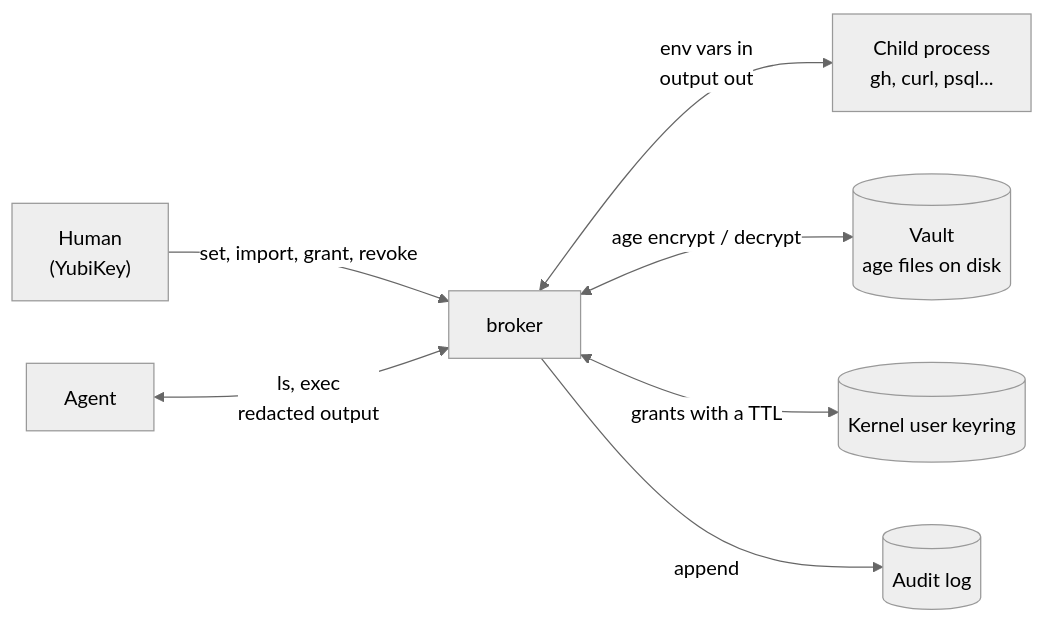
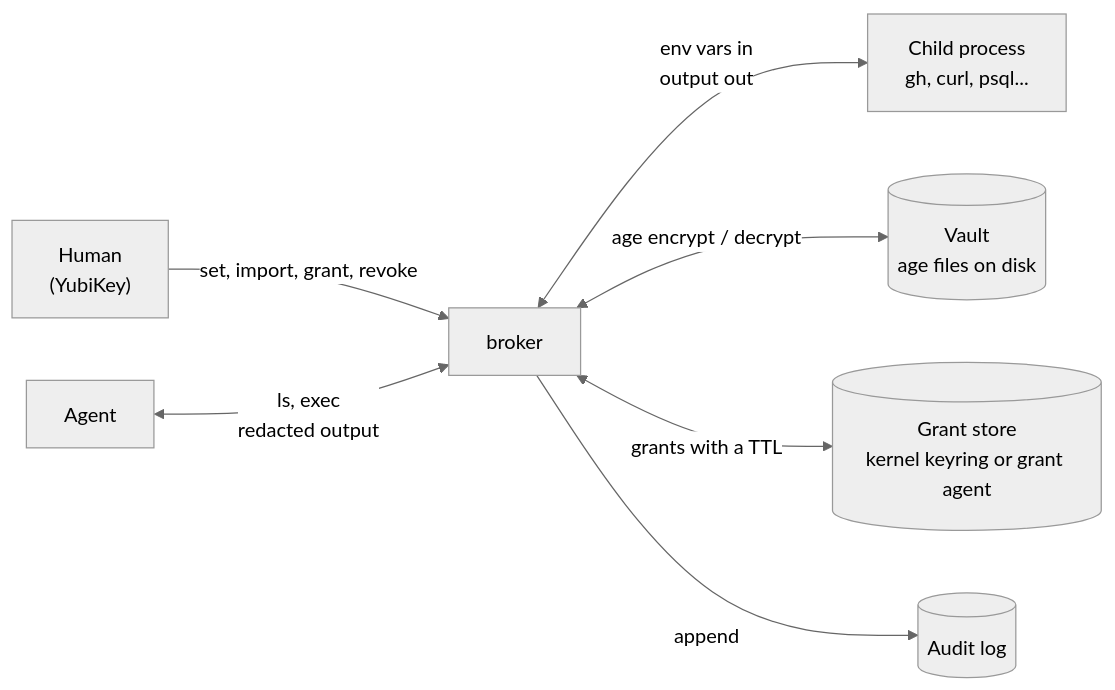
The first of 6 diagrams in README.md (NathanielInman/credential-broker), drawn with Mermaid (neutral theme) before and after one commit. The commit also changed other lines of this file and 1 other file, not shown here.

Commit message:
docs: macOS install, Touch ID setup, and the grant agent

````diff
--- a/README.md
+++ b/README.md
@@ -33,9 +33,9 @@
 ```mermaid
 flowchart LR
     human["Human<br/>(YubiKey)"] -->|"set, import, grant, revoke"| broker["broker"]
     agent["Agent"] <-->|"ls, exec<br/>redacted output"| broker
     broker <-->|"env vars in<br/>output out"| child["Child process<br/>gh, curl, psql..."]
     broker <-->|"age encrypt / decrypt"| vault[("Vault<br/>age files on disk")]
-    broker <-->|"grants with a TTL"| keyring[("Kernel user keyring")]
+    broker <-->|"grants with a TTL"| keyring[("Grant store<br/>kernel keyring or grant agent")]
     broker -->|"append"| log[("Audit log")]
 ```
````
